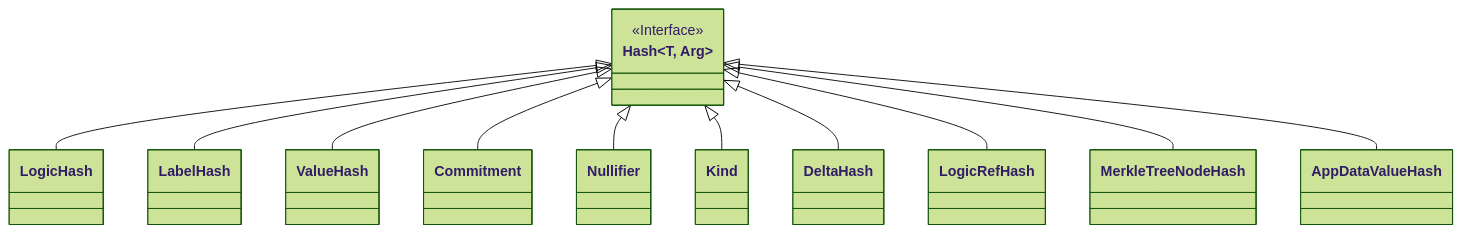
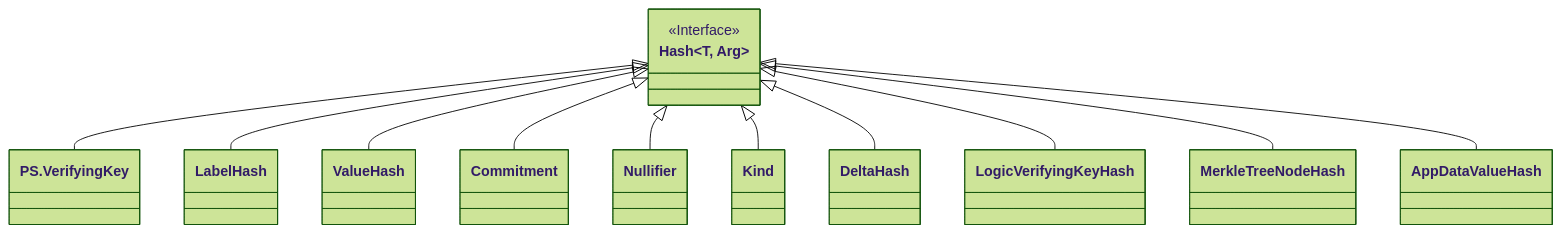
The diagram in docs/arch/system/state/resource_machine/primitive_interfaces/fixed_size_type/hash.juvix.md (anoma/nspec), drawn with Mermaid (forest theme) before and after one commit. The commit also changed other lines of this file and 13 other files, not shown here.

````diff
--- a/docs/arch/system/state/resource_machine/primitive_interfaces/fixed_size_type/hash.juvix.md
+++ b/docs/arch/system/state/resource_machine/primitive_interfaces/fixed_size_type/hash.juvix.md
@@ -29,22 +26,22 @@
 ```mermaid
 
 classDiagram
 
     class Hash~T, Arg~ {
          <<Interface>>
     }
 
-    Hash <|-- LogicHash
+    Hash <|-- PS.VerifyingKey
     Hash <|-- LabelHash
     Hash <|-- ValueHash
 
     Hash <|-- Commitment
     Hash <|-- Nullifier
     Hash <|-- Kind
     Hash <|-- DeltaHash
-    Hash <|-- LogicRefHash
+    Hash <|-- LogicVerifyingKeyHash
     Hash <|-- MerkleTreeNodeHash
 
     Hash <|-- AppDataValueHash
 
 ```
````
